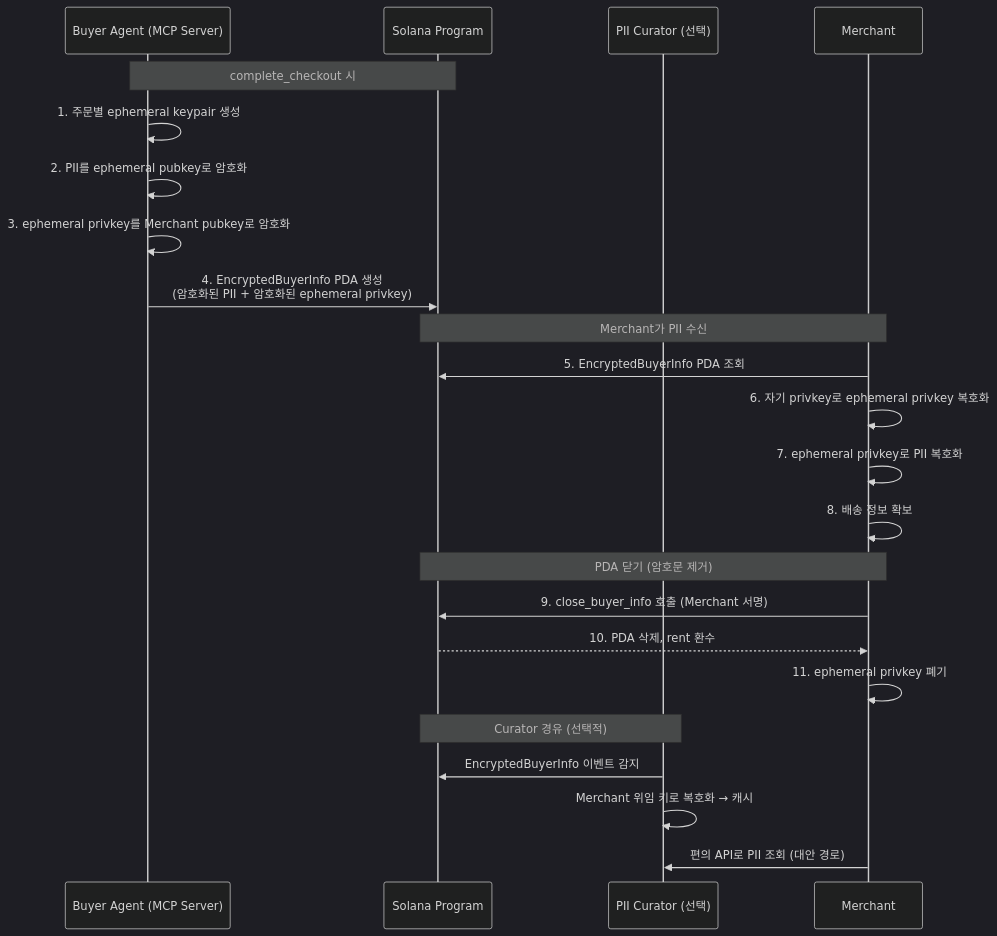
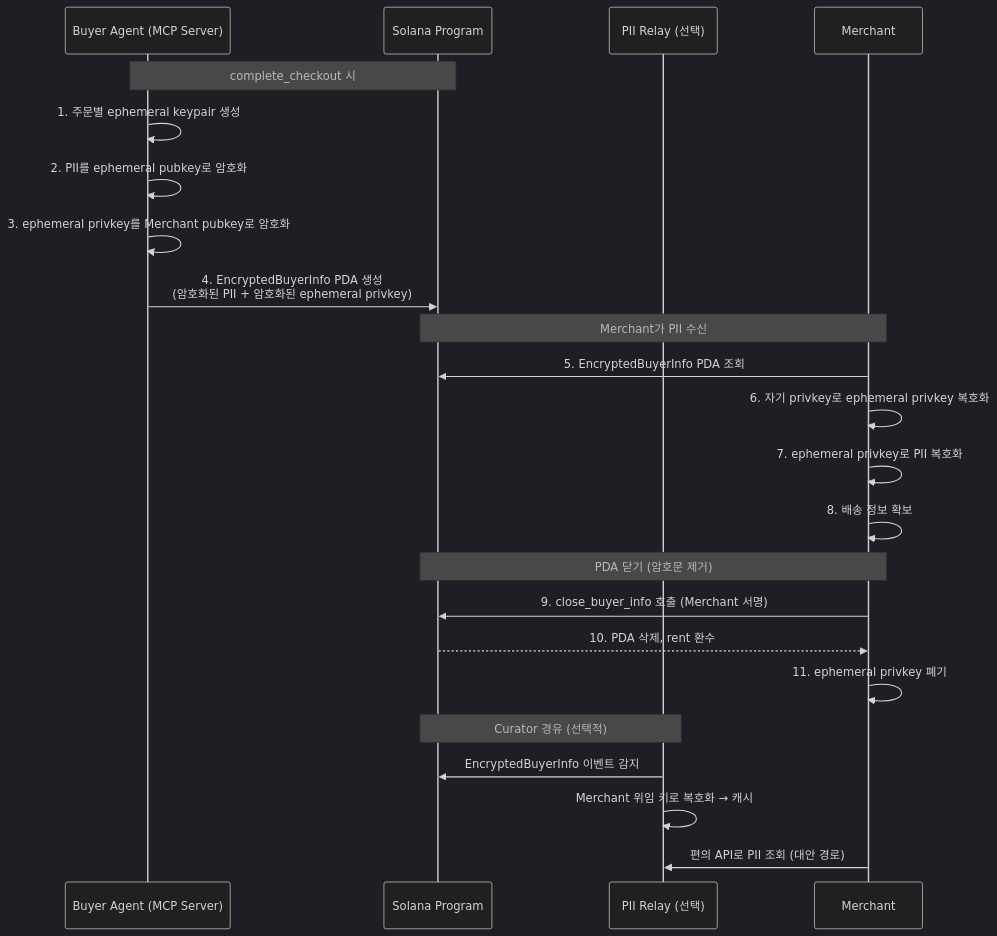
One commit to hayden-02055/interlude changed the fifth of 8 diagrams in docs/market/README.md. Above: the diagram before and after it, drawn with Mermaid (dark theme). The commit also changed other lines of this file and 10 other files, not shown here.

````diff
--- a/docs/market/README.md
+++ b/docs/market/README.md
@@ -245,29 +246,29 @@
 ```mermaid
 sequenceDiagram
   participant A as Buyer Agent (MCP Server)
   participant S as Solana Program
-  participant I as PII Curator (선택)
+  participant I as PII Relay (선택)
   participant M as Merchant
 
   Note over A,S: complete_checkout 시
   A->>A: 1. 주문별 ephemeral keypair 생성
   A->>A: 2. PII를 ephemeral pubkey로 암호화
   A->>A: 3. ephemeral privkey를 Merchant pubkey로 암호화
   A->>S: 4. EncryptedBuyerInfo PDA 생성<br/>(암호화된 PII + 암호화된 ephemeral privkey)
 
   Note over M,S: Merchant가 PII 수신
   M->>S: 5. EncryptedBuyerInfo PDA 조회
   M->>M: 6. 자기 privkey로 ephemeral privkey 복호화
   M->>M: 7. ephemeral privkey로 PII 복호화
   M->>M: 8. 배송 정보 확보
 
   Note over M,S: PDA 닫기 (암호문 제거)
   M->>S: 9. close_buyer_info 호출 (Merchant 서명)
   S-->>M: 10. PDA 삭제, rent 환수
   M->>M: 11. ephemeral privkey 폐기
 
   Note over I,S: Curator 경유 (선택적)
   I->>S: EncryptedBuyerInfo 이벤트 감지
   I->>I: Merchant 위임 키로 복호화 → 캐시
   M->>I: 편의 API로 PII 조회 (대안 경로)
 ```
````
